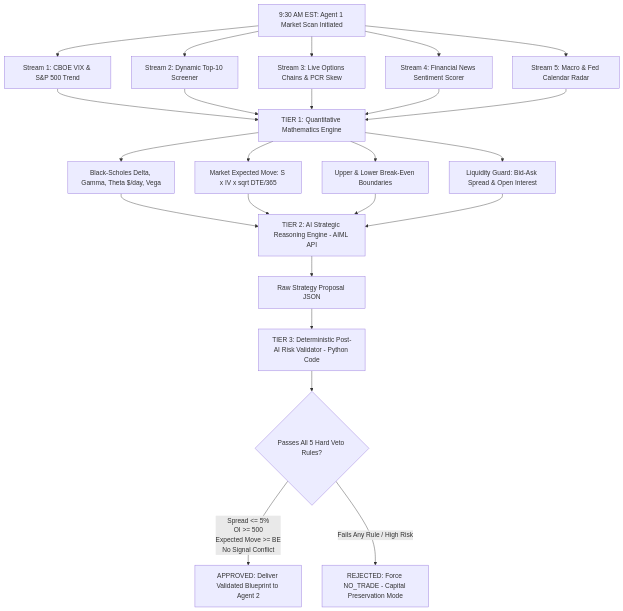
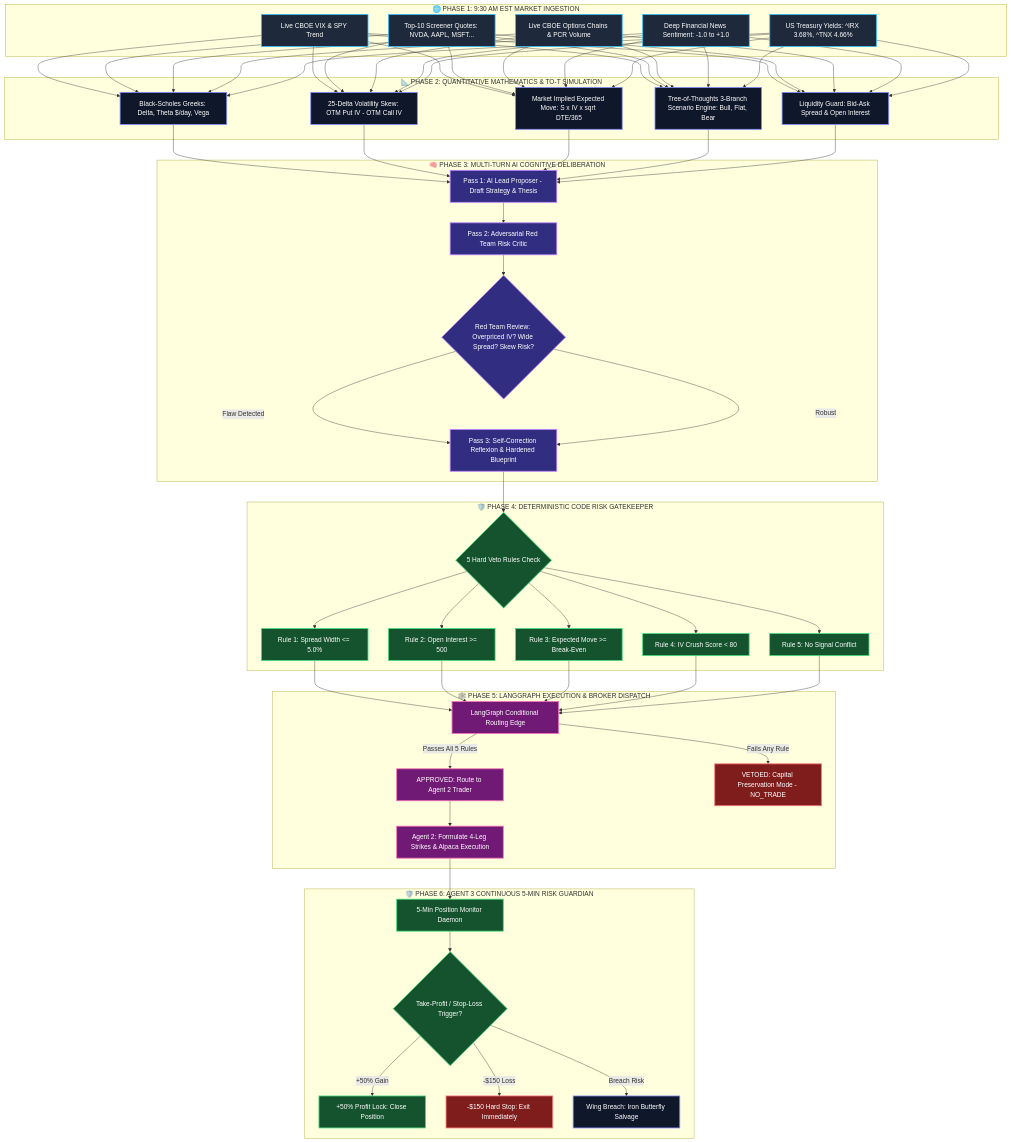
One commit to ranazain9/oracle-trading-agents changed the diagram in AGENT_1_COMPREHENSIVE_REPORT.md. Above: the diagram before and after it, drawn with Mermaid. The commit also changed other lines of this file and 5 other files, not shown here.

Commit message:
feat: implement strategy brain agent, risk management tools, and integrate trade history data

````diff
--- a/AGENT_1_COMPREHENSIVE_REPORT.md
+++ b/AGENT_1_COMPREHENSIVE_REPORT.md
@@ -36,24 +37,73 @@
 ```mermaid
-graph TD
-    A[9:30 AM EST: Agent 1 Market Scan Initiated] --> B1[Stream 1: CBOE VIX & S&P 500 Trend]
-    A --> B2[Stream 2: Dynamic Top-10 Screener]
-    A --> B3[Stream 3: Live Options Chains & PCR Skew]
-    A --> B4[Stream 4: Financial News Sentiment Scorer]
-    A --> B5[Stream 5: Macro & Fed Calendar Radar]
-    
-    B1 & B2 & B3 & B4 & B5 --> C[TIER 1: Quantitative Mathematics Engine]
-    
-    C --> D1[Black-Scholes Delta, Gamma, Theta $/day, Vega]
-    C --> D2[Market Expected Move: S x IV x sqrt DTE/365]
-    C --> D3[Upper & Lower Break-Even Boundaries]
-    C --> D4[Liquidity Guard: Bid-Ask Spread & Open Interest]
-    
-    D1 & D2 & D3 & D4 --> E[TIER 2: AI Strategic Reasoning Engine - AIML API]
-    E --> F[Raw Strategy Proposal JSON]
-    
-    F --> G[TIER 3: Deterministic Post-AI Risk Validator - Python Code]
-    
-    G --> H{Passes All 5 Hard Veto Rules?}
-    H -->|Spread <= 5%<br>OI >= 500<br>Expected Move >= BE<br>No Signal Conflict| I[APPROVED: Deliver Validated Blueprint to Agent 2]
-    H -->|Fails Any Rule / High Risk| J[REJECTED: Force NO_TRADE - Capital Preservation Mode]
+flowchart TD
+    %% Styling
+    classDef market fill:#1E293B,stroke:#38BDF8,stroke-width:2px,color:#FFFFFF;
+    classDef quant fill:#0F172A,stroke:#818CF8,stroke-width:2px,color:#FFFFFF;
+    classDef ai fill:#312E81,stroke:#C084FC,stroke-width:2px,color:#FFFFFF;
+    classDef safety fill:#14532D,stroke:#4ADE80,stroke-width:2px,color:#FFFFFF;
+    classDef broker fill:#701A75,stroke:#F472B6,stroke-width:2px,color:#FFFFFF;
+    classDef reject fill:#7F1D1D,stroke:#F87171,stroke-width:2px,color:#FFFFFF;
+
+    subgraph PHASE_1 ["🌐 PHASE 1: 9:30 AM EST MARKET INGESTION"]
+        A1[Live CBOE VIX & SPY Trend]:::market
+        A2[Top-10 Screener Quotes: NVDA, AAPL, MSFT...]:::market
+        A3[Live CBOE Options Chains & PCR Volume]:::market
+        A4[Deep Financial News Sentiment: -1.0 to +1.0]:::market
+        A5[US Treasury Yields: ^IRX 3.68%, ^TNX 4.66%]:::market
+    end
+
+    subgraph PHASE_2 ["📐 PHASE 2: QUANTITATIVE MATHEMATICS & TO-T SIMULATION"]
+        B1[Black-Scholes Greeks: Delta, Theta $/day, Vega]:::quant
+        B2[25-Delta Volatility Skew: OTM Put IV - OTM Call IV]:::quant
+        B3[Market Implied Expected Move: S x IV x sqrt DTE/365]:::quant
+        B4[Tree-of-Thoughts 3-Branch Scenario Engine: Bull, Flat, Bear]:::quant
+        B5[Liquidity Guard: Bid-Ask Spread & Open Interest]:::quant
+    end
+
+    subgraph PHASE_3 ["🧠 PHASE 3: MULTI-TURN AI COGNITIVE DELIBERATION"]
+        C1[Pass 1: AI Lead Proposer - Draft Strategy & Thesis]:::ai
+        C2[Pass 2: Adversarial Red Team Risk Critic]:::ai
+        C3{Red Team Review: Overpriced IV? Wide Spread? Skew Risk?}:::ai
+        C4[Pass 3: Self-Correction Reflexion & Hardened Blueprint]:::ai
+    end
+
+    subgraph PHASE_4 ["🛡️ PHASE 4: DETERMINISTIC CODE RISK GATEKEEPER"]
+        D1{5 Hard Veto Rules Check}:::safety
+        D2[Rule 1: Spread Width <= 5.0%]:::safety
+        D3[Rule 2: Open Interest >= 500]:::safety
+        D4[Rule 3: Expected Move >= Break-Even]:::safety
+        D5[Rule 4: IV Crush Score < 80]:::safety
+        D6[Rule 5: No Signal Conflict]:::safety
+    end
+
+    subgraph PHASE_5 ["🕸️ PHASE 5: LANGGRAPH EXECUTION & BROKER DISPATCH"]
+        E1[LangGraph Conditional Routing Edge]:::broker
+        E2[APPROVED: Route to Agent 2 Trader]:::broker
+        E3[Agent 2: Formulate 4-Leg Strikes & Alpaca Execution]:::broker
+        E4[VETOED: Capital Preservation Mode - NO_TRADE]:::reject
+    end
+
+    subgraph PHASE_6 ["🛡️ PHASE 6: AGENT 3 CONTINUOUS 5-MIN RISK GUARDIAN"]
+        F1[5-Min Position Monitor Daemon]:::safety
+        F2{Take-Profit / Stop-Loss Trigger?}:::safety
+        F3[+50% Profit Lock: Close Position]:::safety
+        F4[-$150 Hard Stop: Exit Immediately]:::reject
+        F5[Wing Breach: Iron Butterfly Salvage]:::quant
+    end
+
+    %% Flow Connections
+    A1 & A2 & A3 & A4 & A5 --> B1 & B2 & B3 & B4 & B5
+    B1 & B2 & B3 & B4 & B5 --> C1
+    C1 --> C2 --> C3
+    C3 -->|Flaw Detected| C4
+    C3 -->|Robust| C4
+    C4 --> D1
+    D1 --> D2 & D3 & D4 & D5 & D6
+    D2 & D3 & D4 & D5 & D6 --> E1
+    E1 -->|Passes All 5 Rules| E2 --> E3 --> F1
+    E1 -->|Fails Any Rule| E4
+    F1 --> F2
+    F2 -->|+50% Gain| F3
+    F2 -->|-$150 Loss| F4
+    F2 -->|Breach Risk| F5
 ```
````
